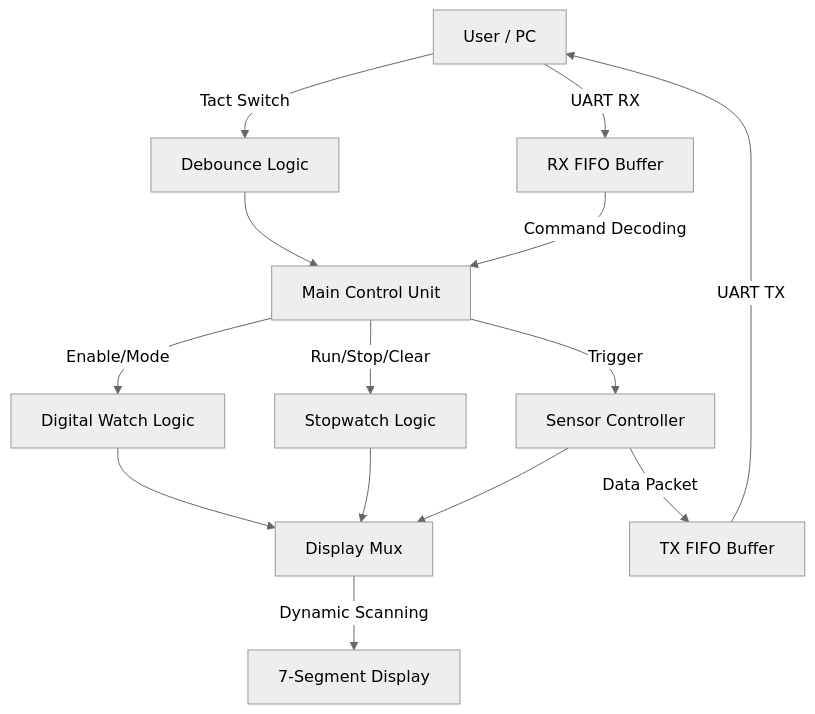
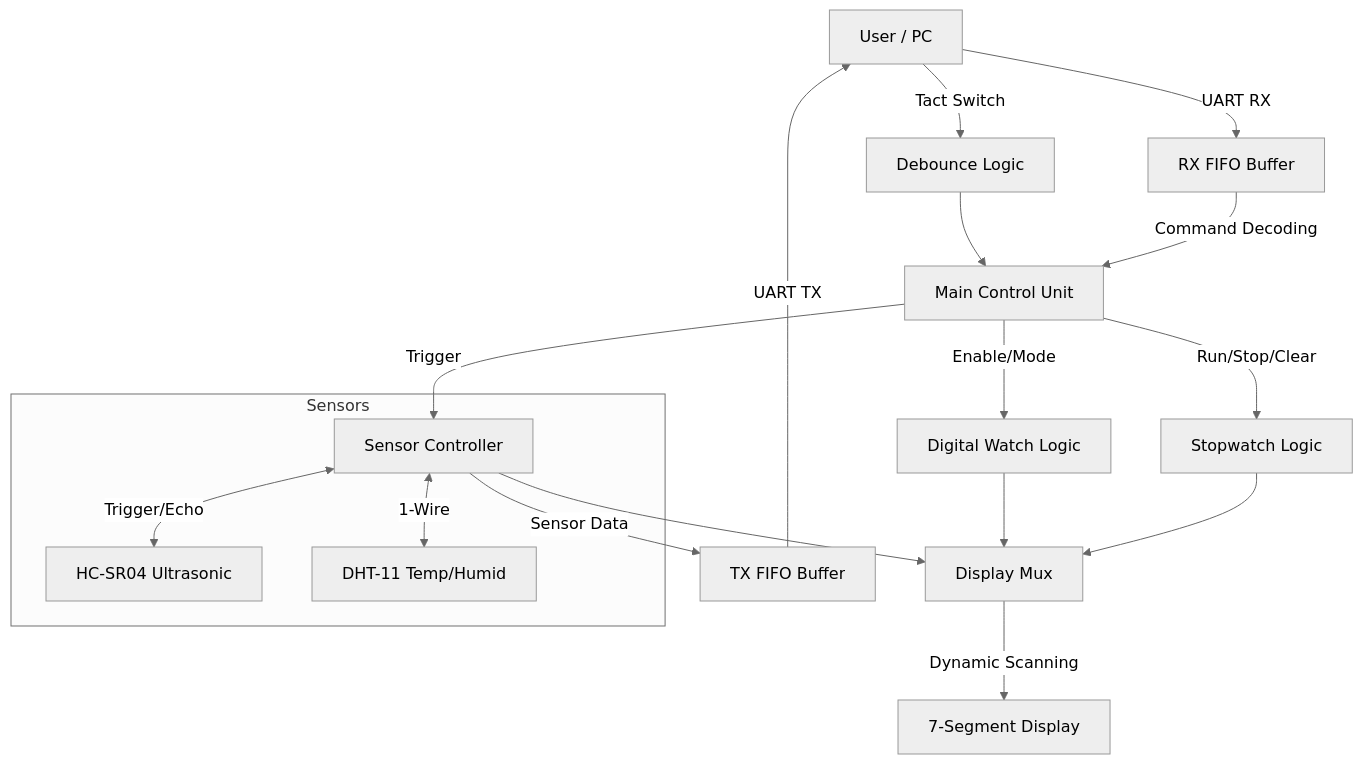
One commit to seokhyun-hwang/UART_Watch_Stopwatch_HC-SR04_DHT-11 changed the diagram in README.md. Above: the diagram before and after it, drawn with Mermaid (neutral theme). The commit also changed other lines of this file, not shown here.

`````diff
--- a/README.md
+++ b/README.md
@@ -28,20 +41,25 @@
 ```mermaid
 graph TD
     User[User / PC] -->|Tact Switch| Btn[Debounce Logic]
     User -->|UART RX| FIFO_Rx[RX FIFO Buffer]
     
     Btn --> Control_Unit
     FIFO_Rx -->|Command Decoding| Control_Unit[Main Control Unit]
     
     Control_Unit -->|Enable/Mode| Watch[Digital Watch Logic]
     Control_Unit -->|Run/Stop/Clear| SW[Stopwatch Logic]
-    Control_Unit -->|Trigger| Sensor[Sensor Controller]
+    Control_Unit -->|Trigger| Sensor_Ctrl[Sensor Controller]
+
+    subgraph Sensors
+        Sensor_Ctrl <-->|Trigger/Echo| HC[HC-SR04 Ultrasonic]
+        Sensor_Ctrl <-->|1-Wire| DHT[DHT-11 Temp/Humid]
+    end
     
     Watch --> MUX[Display Mux]
     SW --> MUX
-    Sensor --> MUX
+    Sensor_Ctrl --> MUX
     
     MUX -->|Dynamic Scanning| FND[7-Segment Display]
-    Sensor -->|Data Packet| FIFO_Tx[TX FIFO Buffer]
+    Sensor_Ctrl -->|Sensor Data| FIFO_Tx[TX FIFO Buffer]
     FIFO_Tx -->|UART TX| User
-````
+```
`````
